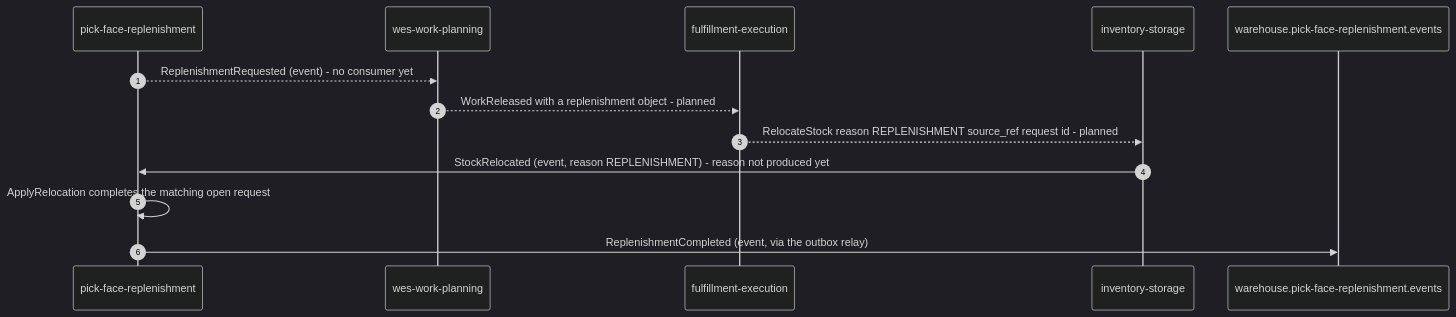
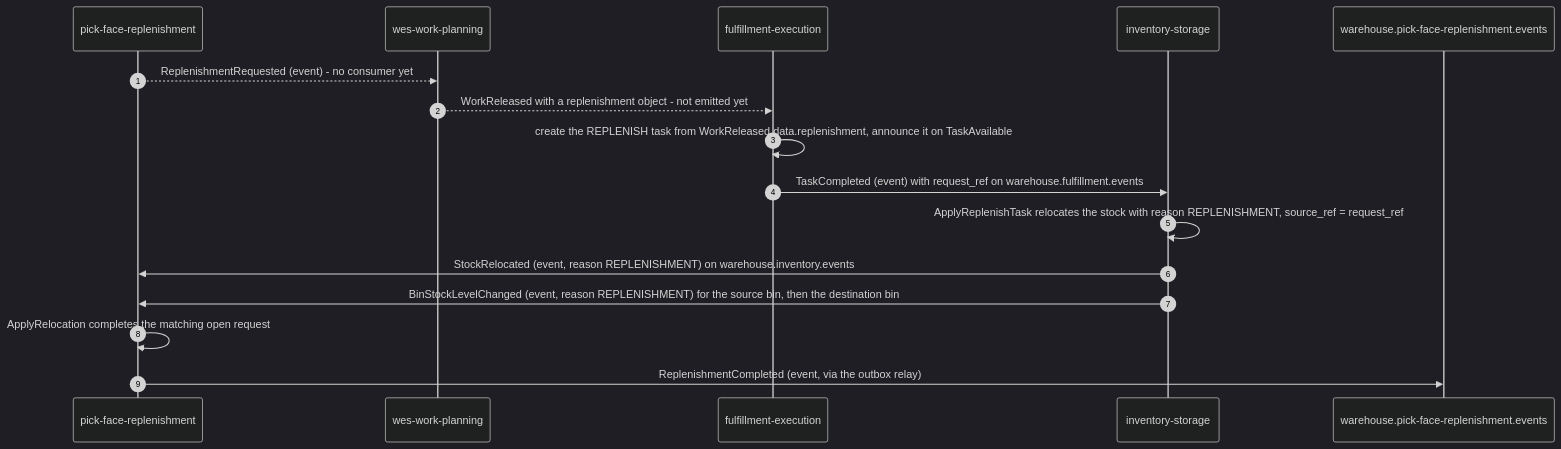
The third of 5 diagrams in docs/contexts/pick-face-replenishment/domain-message-flow.md (IQVO/warehouse-docs), drawn with Mermaid (dark theme) before and after one commit. The commit also changed other lines of this file and 41 other files, not shown here.

````diff
--- a/docs/contexts/pick-face-replenishment/domain-message-flow.md
+++ b/docs/contexts/pick-face-replenishment/domain-message-flow.md
@@ -64,15 +64,18 @@
 ```mermaid
 sequenceDiagram
     autonumber
     participant PFR as pick-face-replenishment
     participant WP as wes-work-planning
     participant FE as fulfillment-execution
     participant IS as inventory-storage
     participant K as warehouse.pick-face-replenishment.events
     PFR-->>WP: ReplenishmentRequested (event) - no consumer yet
-    WP-->>FE: WorkReleased with a replenishment object - planned
-    FE-->>IS: RelocateStock reason REPLENISHMENT source_ref request id - planned
-    IS->>PFR: StockRelocated (event, reason REPLENISHMENT) - reason not produced yet
+    WP-->>FE: WorkReleased with a replenishment object - not emitted yet
+    FE->>FE: create the REPLENISH task from WorkReleased.data.replenishment, announce it on TaskAvailable
+    FE->>IS: TaskCompleted (event) with request_ref on warehouse.fulfillment.events
+    IS->>IS: ApplyReplenishTask relocates the stock with reason REPLENISHMENT, source_ref = request_ref
+    IS->>PFR: StockRelocated (event, reason REPLENISHMENT) on warehouse.inventory.events
+    IS->>PFR: BinStockLevelChanged (event, reason REPLENISHMENT) for the source bin, then the destination bin
     PFR->>PFR: ApplyRelocation completes the matching open request
     PFR->>K: ReplenishmentCompleted (event, via the outbox relay)
 ```
````
